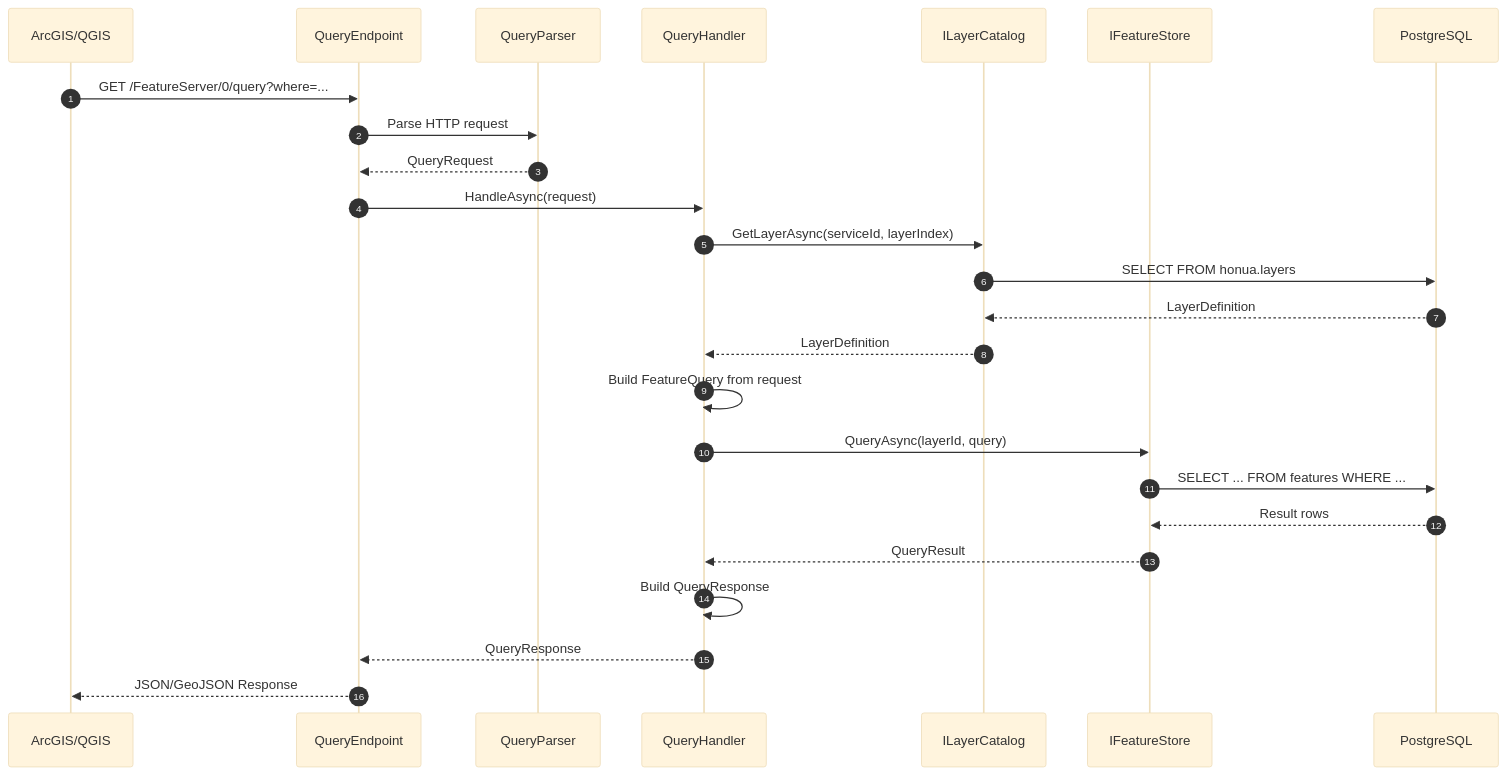
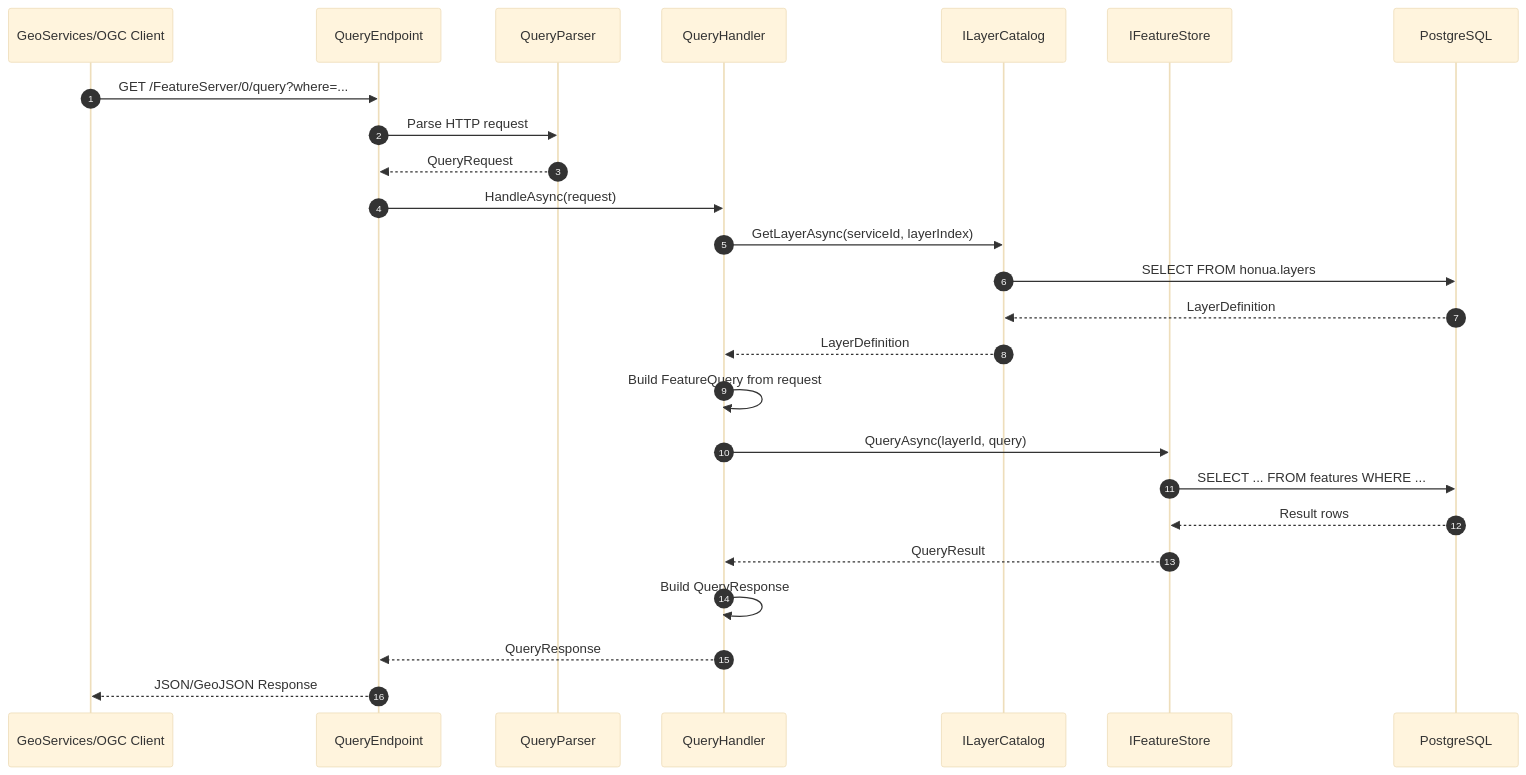
Before and after one commit to honua-io/honua-server: the sixth of 12 diagrams in docs/ARCHITECTURE_DIAGRAMS.md, drawn with Mermaid (base theme). The commit also changed other lines of this file and 8 other files, not shown here.

````diff
--- a/docs/ARCHITECTURE_DIAGRAMS.md
+++ b/docs/ARCHITECTURE_DIAGRAMS.md
@@ -245,31 +245,31 @@
 ```mermaid
 sequenceDiagram
     autonumber
-    participant Client as ArcGIS/QGIS
+    participant Client as GeoServices/OGC Client
     participant EP as QueryEndpoint
     participant Parser as QueryParser
     participant Handler as QueryHandler
     participant Catalog as ILayerCatalog
     participant Store as IFeatureStore
     participant PG as PostgreSQL
 
     Client->>EP: GET /FeatureServer/0/query?where=...
     EP->>Parser: Parse HTTP request
     Parser-->>EP: QueryRequest
 
     EP->>Handler: HandleAsync(request)
     Handler->>Catalog: GetLayerAsync(serviceId, layerIndex)
     Catalog->>PG: SELECT FROM honua.layers
     PG-->>Catalog: LayerDefinition
     Catalog-->>Handler: LayerDefinition
 
     Handler->>Handler: Build FeatureQuery from request
     Handler->>Store: QueryAsync(layerId, query)
     Store->>PG: SELECT ... FROM features WHERE ...
     PG-->>Store: Result rows
     Store-->>Handler: QueryResult
 
     Handler->>Handler: Build QueryResponse
     Handler-->>EP: QueryResponse
     EP-->>Client: JSON/GeoJSON Response
 ```
````
